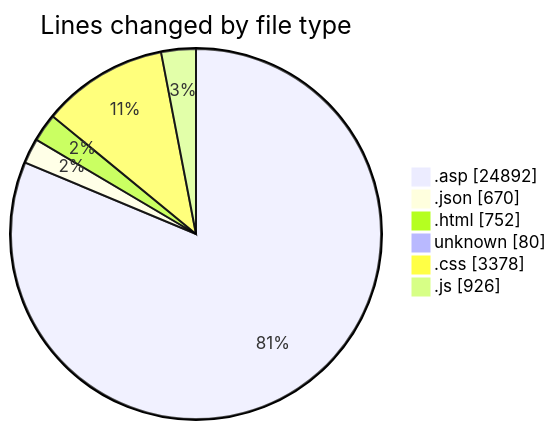
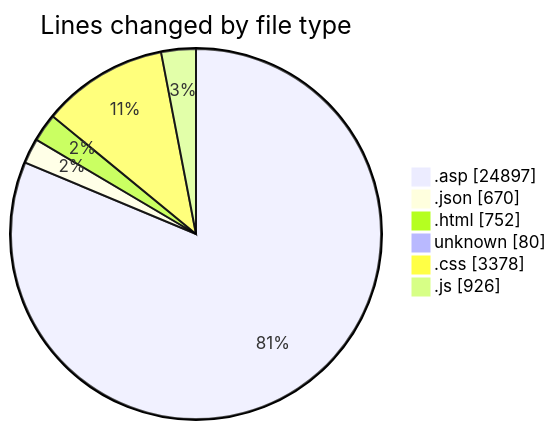
One commit to julien-gomy/code-tracking changed the first of 2 diagrams in 2025-11-01/cdp_aleoudev_fr__workspace_/README.md. Above: the diagram before and after it, drawn with Mermaid. The commit also changed other lines of this file and 1 other file, not shown here.

````diff
--- a/2025-11-01/cdp_aleoudev_fr__workspace_/README.md
+++ b/2025-11-01/cdp_aleoudev_fr__workspace_/README.md
@@ -39,10 +39,10 @@
 ```mermaid
 pie showData
 title Lines changed by file type
-".asp" : 24892
+".asp" : 24897
 ".json" : 670
 ".html" : 752
 "unknown" : 80
 ".css" : 3378
 ".js" : 926
 ```
````
